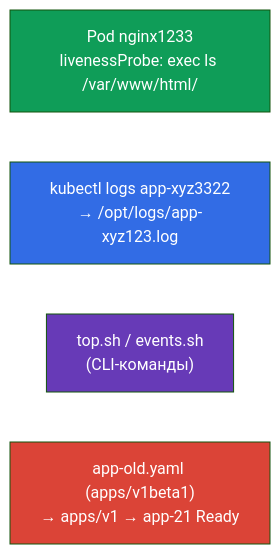
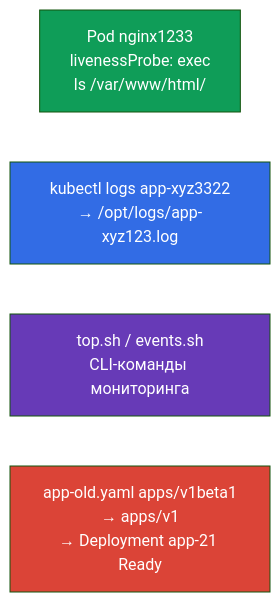
The diagram in tasks/cka/labs/109/README_RU.MD (ViktorUJ/cks), drawn with Mermaid (forest theme) before and after one commit. The commit also changed other lines of this file and 36 other files, not shown here.

````diff
--- a/tasks/cka/labs/109/README_RU.MD
+++ b/tasks/cka/labs/109/README_RU.MD
@@ -29,11 +37,14 @@
 ```mermaid
-flowchart LR
-    a["Pod nginx1233<br>livenessProbe: exec ls /var/www/html/"]
+flowchart TB
+    a["Pod nginx1233<br>livenessProbe: exec<br>ls /var/www/html/"]
     b["kubectl logs app-xyz3322<br>→ /opt/logs/app-xyz123.log"]
-    c["top.sh / events.sh<br>(CLI-команды)"]
-    d["app-old.yaml (apps/v1beta1)<br>→ apps/v1 → app-21 Ready"]
+    c["top.sh / events.sh<br>CLI-команды мониторинга"]
+    d["app-old.yaml apps/v1beta1<br>→ apps/v1<br>→ Deployment app-21 Ready"]
+    a ~~~ b
+    b ~~~ c
+    c ~~~ d
     style a fill:#0f9d58,color:#fff
     style b fill:#326ce5,color:#fff
     style c fill:#673ab7,color:#fff
     style d fill:#db4437,color:#fff
 ```
````
